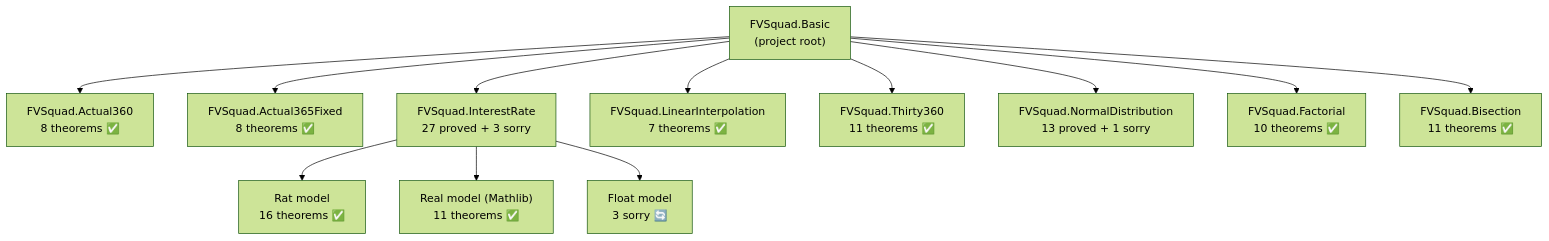
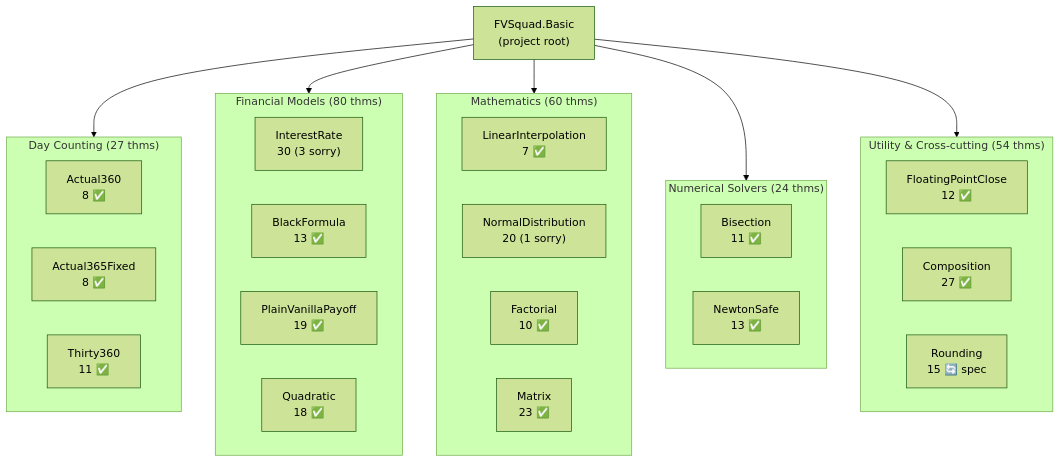
Before and after one commit to dsyme/QuantLib: the first of 17 diagrams in formal-verification/REPORT.md, drawn with Mermaid (forest theme). The commit also changed other lines of this file and 2 other files, not shown here.

First line of the commit message:
feat(fv): add Rounding formal spec + update project report

````diff
--- a/formal-verification/REPORT.md
+++ b/formal-verification/REPORT.md
@@ -21,26 +21,35 @@
 ```mermaid
 graph TD
     A["FVSquad.Basic<br/>(project root)"]
-    B["FVSquad.Actual360<br/>8 theorems ✅"]
-    B2["FVSquad.Actual365Fixed<br/>8 theorems ✅"]
-    C["FVSquad.InterestRate<br/>27 proved + 3 sorry"]
-    D["FVSquad.LinearInterpolation<br/>7 theorems ✅"]
-    E["FVSquad.Thirty360<br/>11 theorems ✅"]
-    F["FVSquad.NormalDistribution<br/>13 proved + 1 sorry"]
-    G["FVSquad.Factorial<br/>10 theorems ✅"]
-    H["FVSquad.Bisection<br/>11 theorems ✅"]
-    A --> B
-    A --> B2
-    A --> C
-    A --> D
-    A --> E
-    A --> F
-    A --> G
-    A --> H
-    C1["Rat model<br/>16 theorems ✅"]
-    C2["Real model (Mathlib)<br/>11 theorems ✅"]
-    C3["Float model<br/>3 sorry 🔄"]
-    C --> C1
-    C --> C2
-    C --> C3
+    subgraph DayCounting["Day Counting (27 thms)"]
+      B["Actual360<br/>8 ✅"]
+      B2["Actual365Fixed<br/>8 ✅"]
+      E["Thirty360<br/>11 ✅"]
+    end
+    subgraph Finance["Financial Models (80 thms)"]
+      C["InterestRate<br/>30 (3 sorry)"]
+      BF["BlackFormula<br/>13 ✅"]
+      PV["PlainVanillaPayoff<br/>19 ✅"]
+      Q["Quadratic<br/>18 ✅"]
+    end
+    subgraph Math["Mathematics (60 thms)"]
+      D["LinearInterpolation<br/>7 ✅"]
+      F["NormalDistribution<br/>20 (1 sorry)"]
+      G["Factorial<br/>10 ✅"]
+      M["Matrix<br/>23 ✅"]
+    end
+    subgraph Solvers["Numerical Solvers (24 thms)"]
+      H["Bisection<br/>11 ✅"]
+      NS["NewtonSafe<br/>13 ✅"]
+    end
+    subgraph Utility["Utility & Cross-cutting (54 thms)"]
+      FC["FloatingPointClose<br/>12 ✅"]
+      CO["Composition<br/>27 ✅"]
+      RD["Rounding<br/>15 🔄 spec"]
+    end
+    A --> DayCounting
+    A --> Finance
+    A --> Math
+    A --> Solvers
+    A --> Utility
 ```
````
